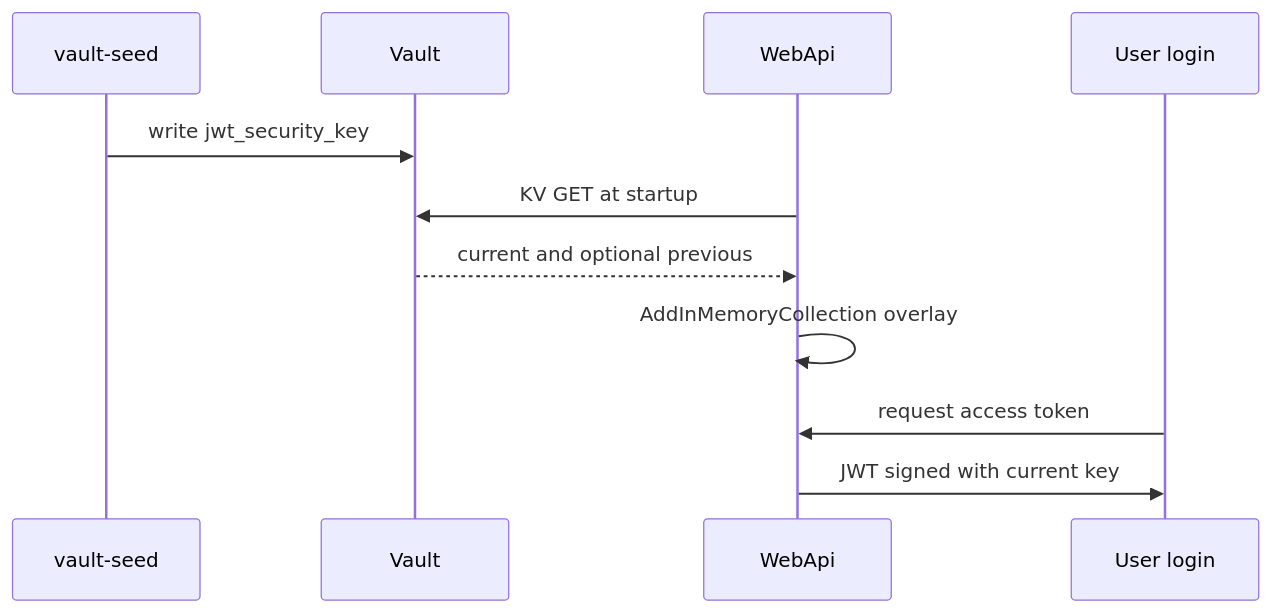
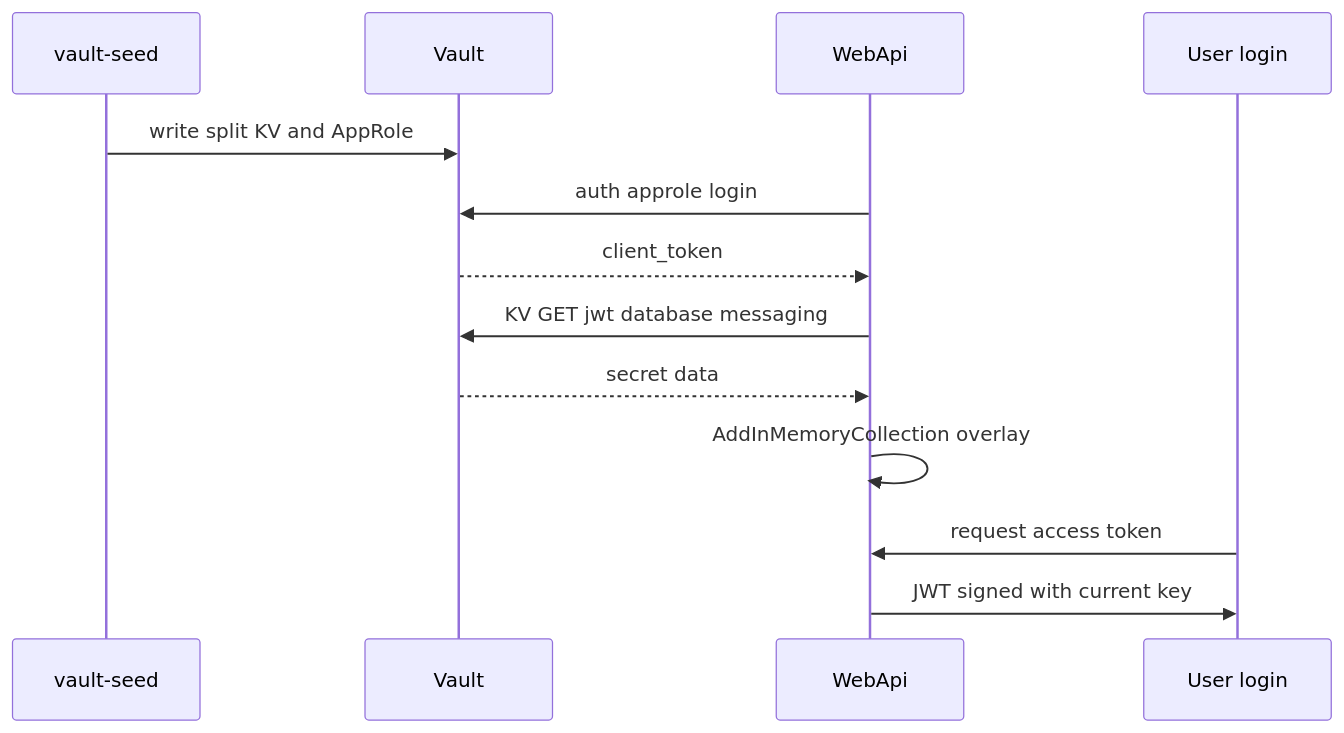
The second of 2 diagrams in docs/learning/en/19-vault-lab.md (fdeniz07/BankApp), drawn with Mermaid before and after one commit. The commit also changed other lines of this file and 6 other files, not shown here.

First line of the commit message:
doc: Document Vault AppRole and split KV paths

````diff
--- a/docs/learning/en/19-vault-lab.md
+++ b/docs/learning/en/19-vault-lab.md
@@ -42,13 +51,15 @@
 ```mermaid
 sequenceDiagram
   participant Seed as vault-seed
   participant V as Vault
   participant API as WebApi
   participant User as User login
-  Seed->>V: write jwt_security_key
-  API->>V: KV GET at startup
-  V-->>API: current and optional previous
+  Seed->>V: write split KV and AppRole
+  API->>V: auth approle login
+  V-->>API: client_token
+  API->>V: KV GET jwt database messaging
+  V-->>API: secret data
   API->>API: AddInMemoryCollection overlay
   User->>API: request access token
   API->>User: JWT signed with current key
 ```
````
